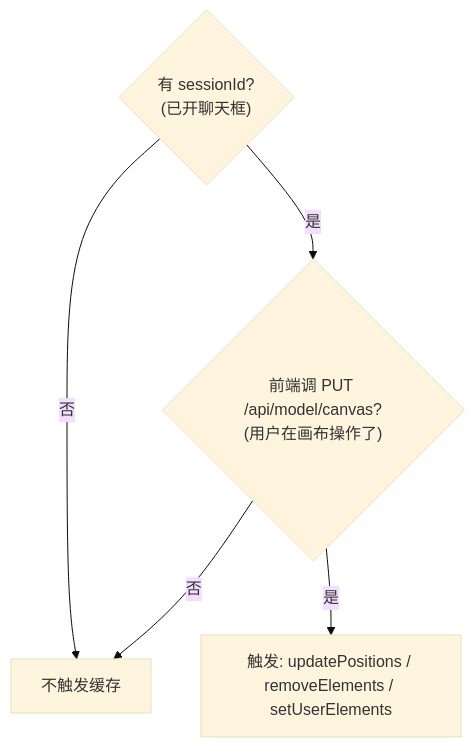
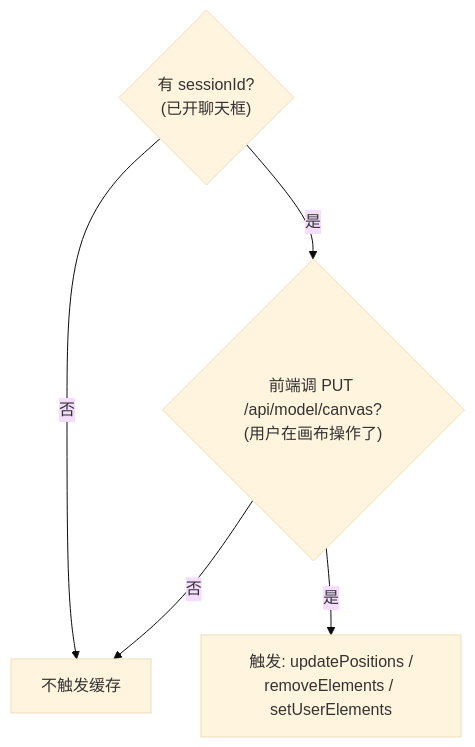
One commit to Nihao7-L/flowchart-ai changed diagram 12 of 13 in workbuddyFlow/docs/FlowAI架构与交互机制.md. Above: the diagram before and after it, drawn with Mermaid (base theme). The commit also changed other lines of this file, not shown here.

First line of the commit message:
docs: 修复架构文档 mermaid 图文字被裁——节点只留短名，细节下沉正文

````diff
--- a/workbuddyFlow/docs/FlowAI架构与交互机制.md
+++ b/workbuddyFlow/docs/FlowAI架构与交互机制.md
@@ -402,8 +409,8 @@
 ```mermaid
 flowchart TD
   C1{"有 sessionId?<br/>(已开聊天框)"}
   C1 -->|"否"| No["不触发缓存"]
   C1 -->|"是"| C2{"前端调 PUT /api/model/canvas?<br/>(用户在画布操作了)"}
   C2 -->|"否"| No
-  C2 -->|"是"| Yes["触发: updatePositions / removeElements / setUserElements"]
+  C2 -->|"是"| Yes["触发: updatePositions /<br/>removeElements / setUserElements"]
 ```
````
